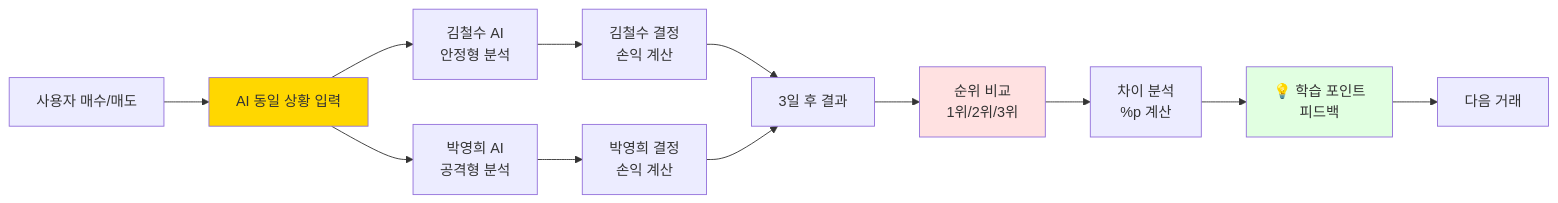
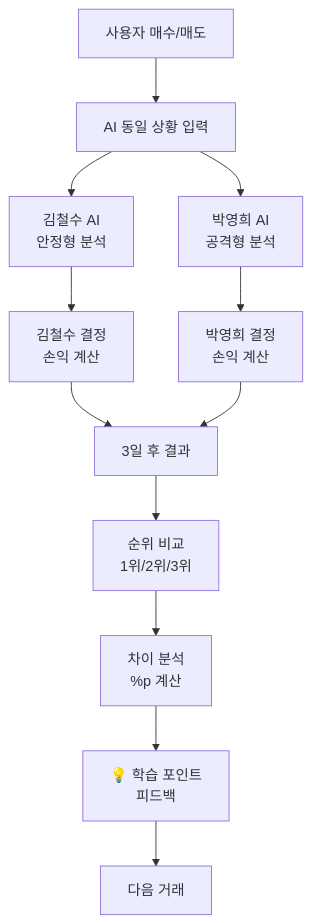
One commit to Collegenie-X/stock_simulation changed the third of 5 diagrams in README.md. Above: the diagram before and after it, drawn with Mermaid. The commit also changed other lines of this file, not shown here.

````diff
--- a/README.md
+++ b/README.md
@@ -1073,25 +1340,22 @@
 ```mermaid
-flowchart LR
+flowchart TB
     A[사용자 매수/매도] --> B[AI 동일 상황 입력]
     
     B --> C[김철수 AI<br/>안정형 분석]
     B --> D[박영희 AI<br/>공격형 분석]
     
     C --> E[김철수 결정<br/>손익 계산]
     D --> F[박영희 결정<br/>손익 계산]
     
     E --> G[3일 후 결과]
     F --> G
     
     G --> H[순위 비교<br/>1위/2위/3위]
     
     H --> I[차이 분석<br/>%p 계산]
     
     I --> J[💡 학습 포인트<br/>피드백]
     
     J --> K[다음 거래]
     
-    style B fill:#ffd700
-    style H fill:#ffe1e1
-    style J fill:#e1ffe1
 ```
````
